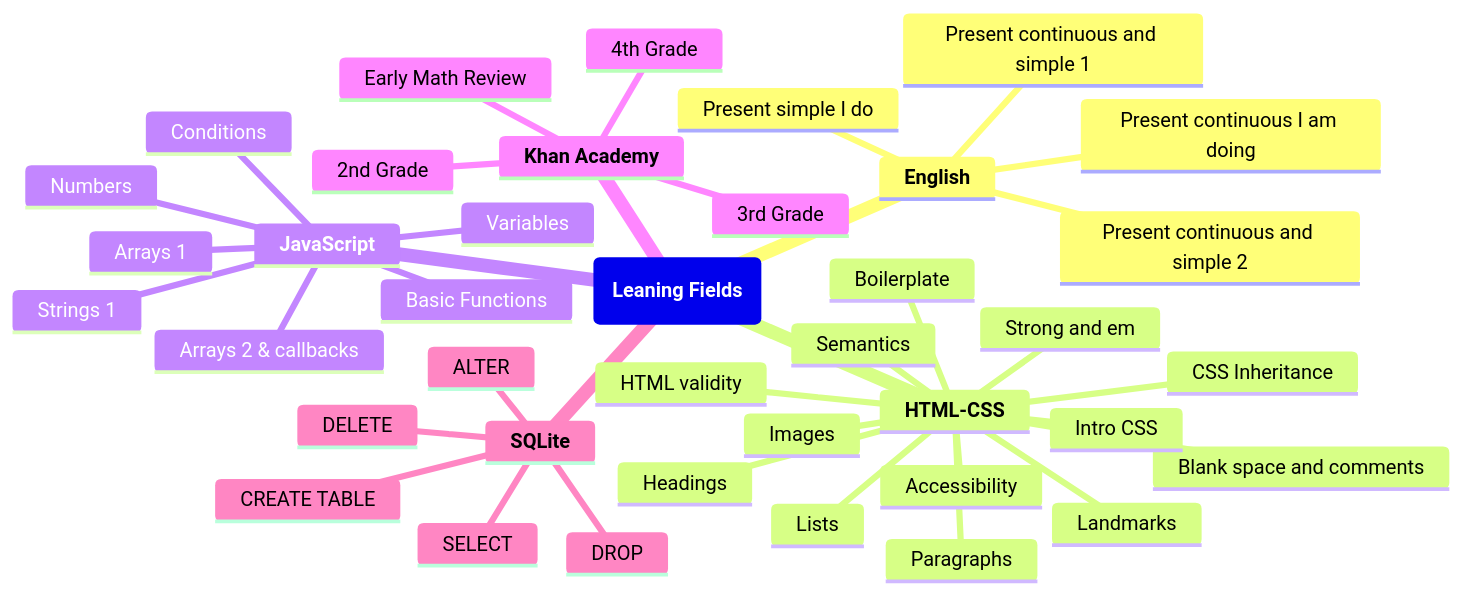
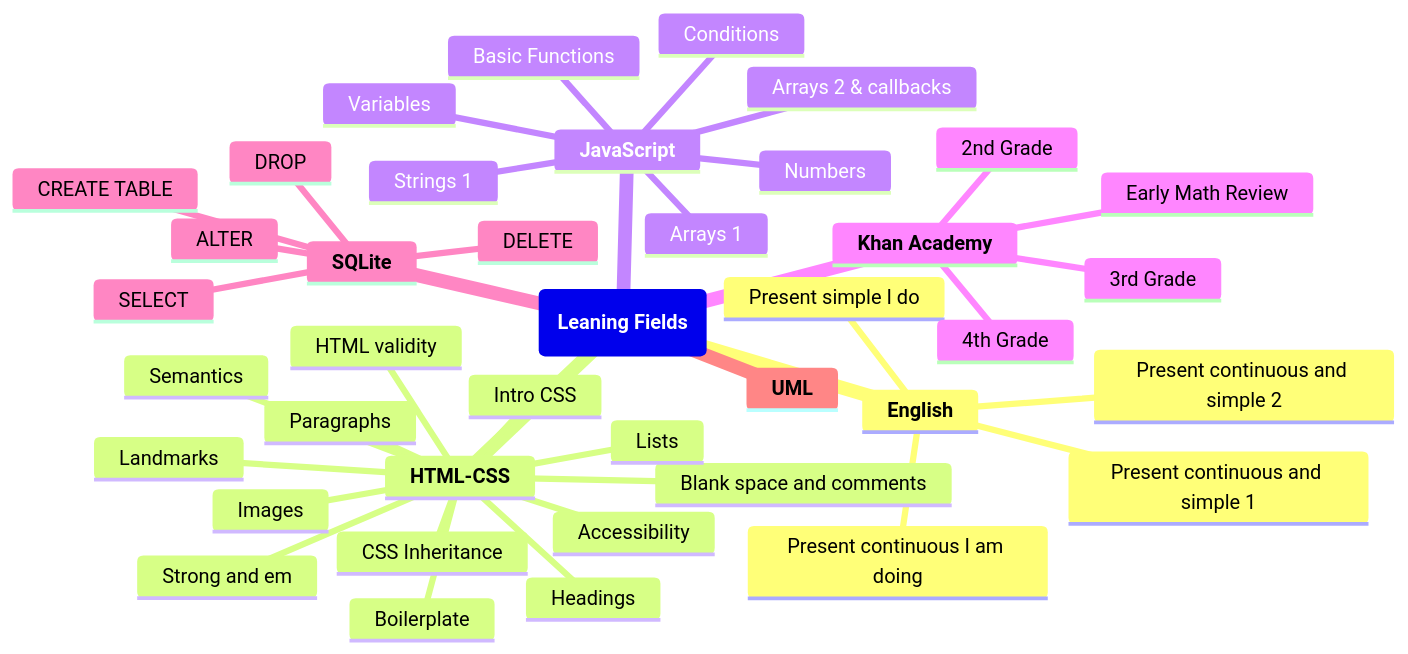
Before and after one commit to MarvinSilcGit/Learning: the diagram in README.md, drawn with Mermaid.

````diff
--- a/README.md
+++ b/README.md
@@ -4,43 +4,44 @@
 ```mermaid
 mindmap
   root(**Leaning Fields**)
     **English**
         Present continuous I am doing
         Present simple I do
         Present continuous and simple 1
         Present continuous and simple 2
     **HTML-CSS**
         Semantics
         Accessibility
         Headings
         Boilerplate
         Blank space and comments
         Paragraphs
         Lists
         HTML validity
         Landmarks
         Strong and em
         Images
         Intro CSS
         CSS Inheritance
     **JavaScript**
         Basic Functions
         Strings 1
         Numbers
         Variables
         Conditions
         Arrays 1
         Arrays 2 & callbacks
     **Khan Academy**
         Early Math Review
         2nd Grade
         3rd Grade
         4th Grade
     **SQLite**
         CREATE TABLE
         SELECT
         ALTER
         DROP
         DELETE
+    **UML**
     
 ```
````
